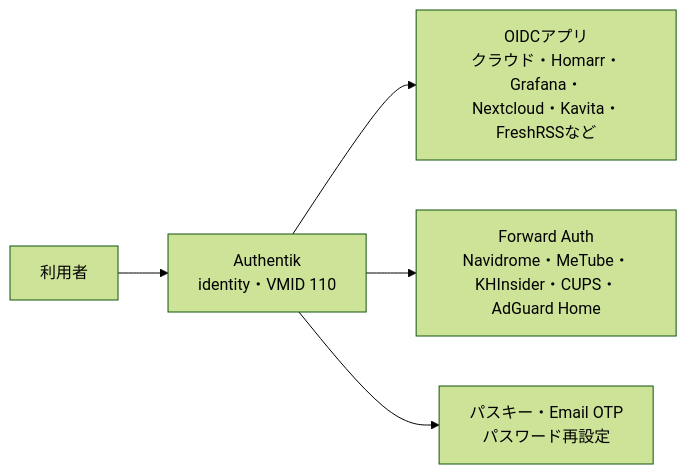
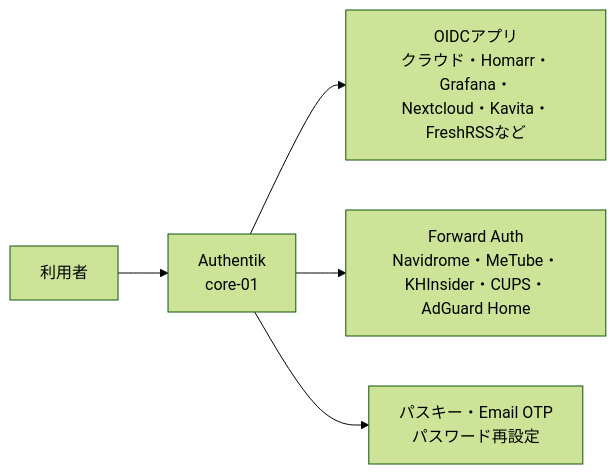
One commit to rurutheGeek/shake-cloud changed the fourth of 14 diagrams in docs/architecture/overview.md. Above: the diagram before and after it, drawn with Mermaid (forest theme). The commit also changed other lines of this file and 67 other files, not shown here.

````diff
--- a/docs/architecture/overview.md
+++ b/docs/architecture/overview.md
@@ -160,13 +158,13 @@
 ```mermaid
 flowchart LR
   user["利用者"]
-  ak["Authentik<br/>identity・VMID 110"]
+  ak["Authentik<br/>core-01"]
   oidc["OIDCアプリ<br/>クラウド・Homarr・Grafana・<br/>Nextcloud・Kavita・FreshRSSなど"]
   forward["Forward Auth<br/>Navidrome・MeTube・KHInsider・CUPS・AdGuard Home"]
   passkey["パスキー・Email OTP<br/>パスワード再設定"]
 
   user --> ak
   ak --> oidc
   ak --> forward
   ak --> passkey
 ```
````
